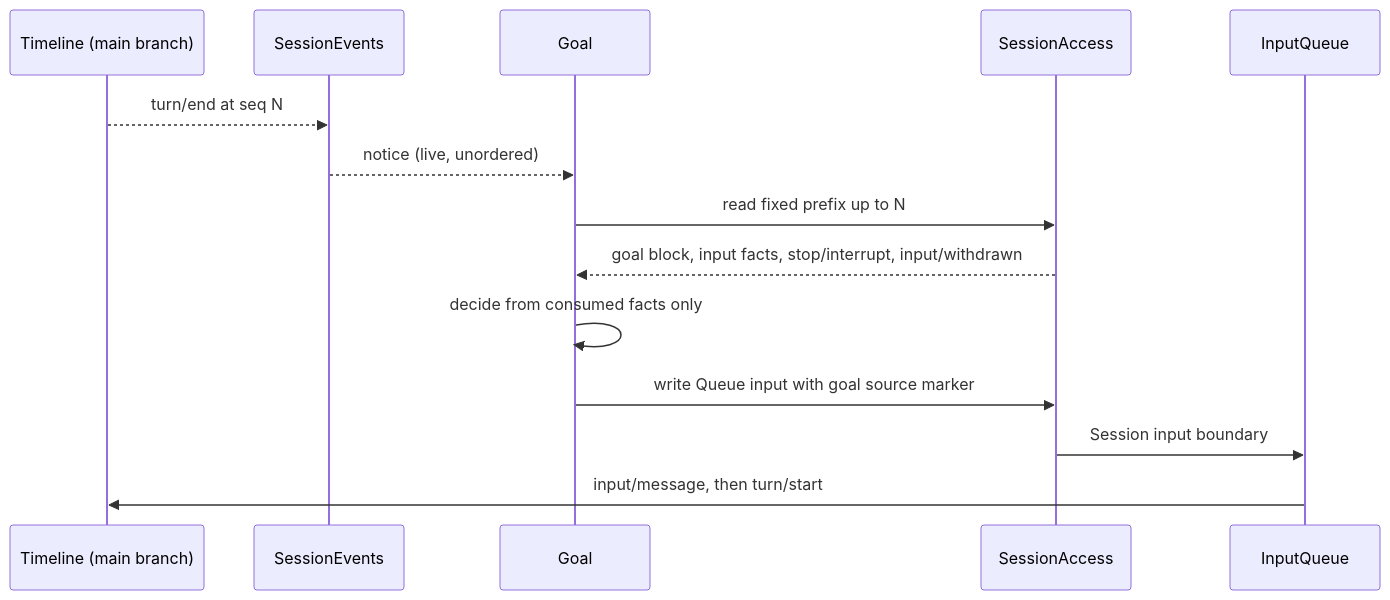
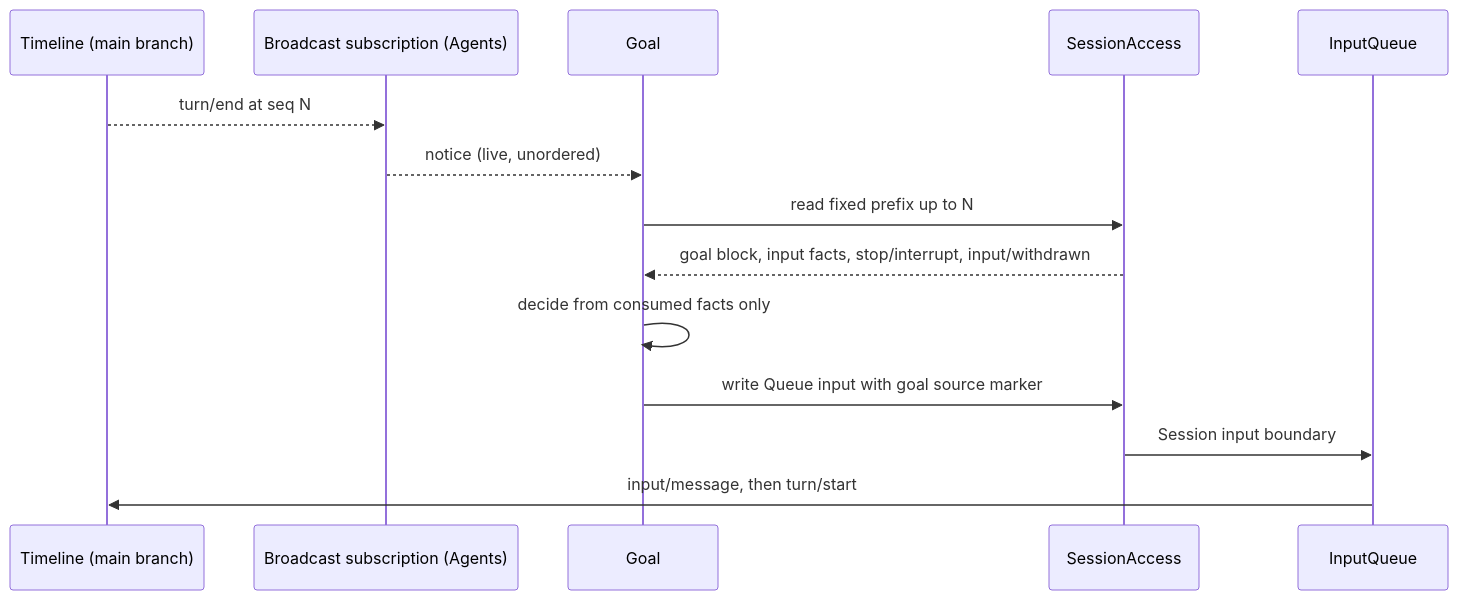
One commit to CoutinhoTTS/dim-agent changed the fifth of 9 diagrams in docs/design/overview.md. Above: the diagram before and after it, drawn with Mermaid. The commit also changed other lines of this file, not shown here.

````diff
--- a/docs/design/overview.md
+++ b/docs/design/overview.md
@@ -210,16 +210,16 @@
 ```mermaid
 sequenceDiagram
   participant TL as Timeline (main branch)
-  participant SE as SessionEvents
+  participant SE as Broadcast subscription (Agents)
   participant G as Goal
   participant SA as SessionAccess
   participant IQ as InputQueue
   TL-->>SE: turn/end at seq N
   SE-->>G: notice (live, unordered)
   G->>SA: read fixed prefix up to N
   SA-->>G: goal block, input facts, stop/interrupt, input/withdrawn
   G->>G: decide from consumed facts only
   G->>SA: write Queue input with goal source marker
   SA->>IQ: Session input boundary
   IQ->>TL: input/message, then turn/start
 ```
````
